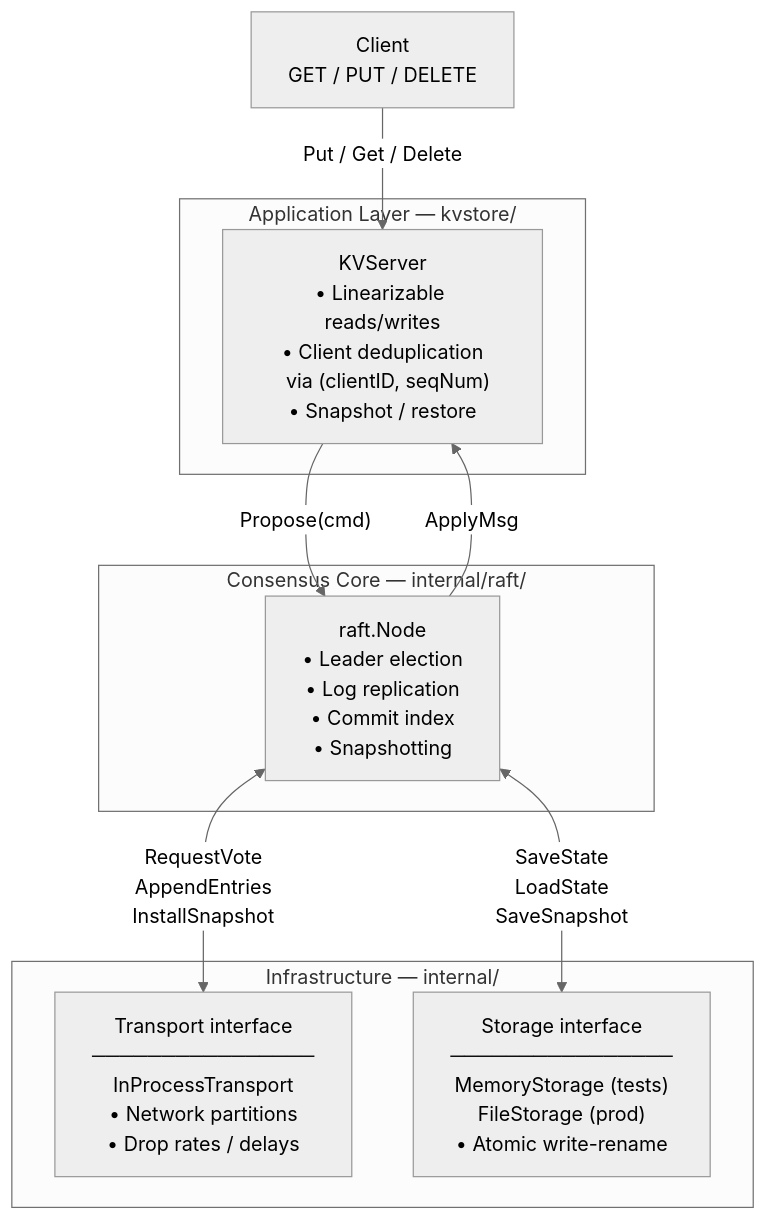
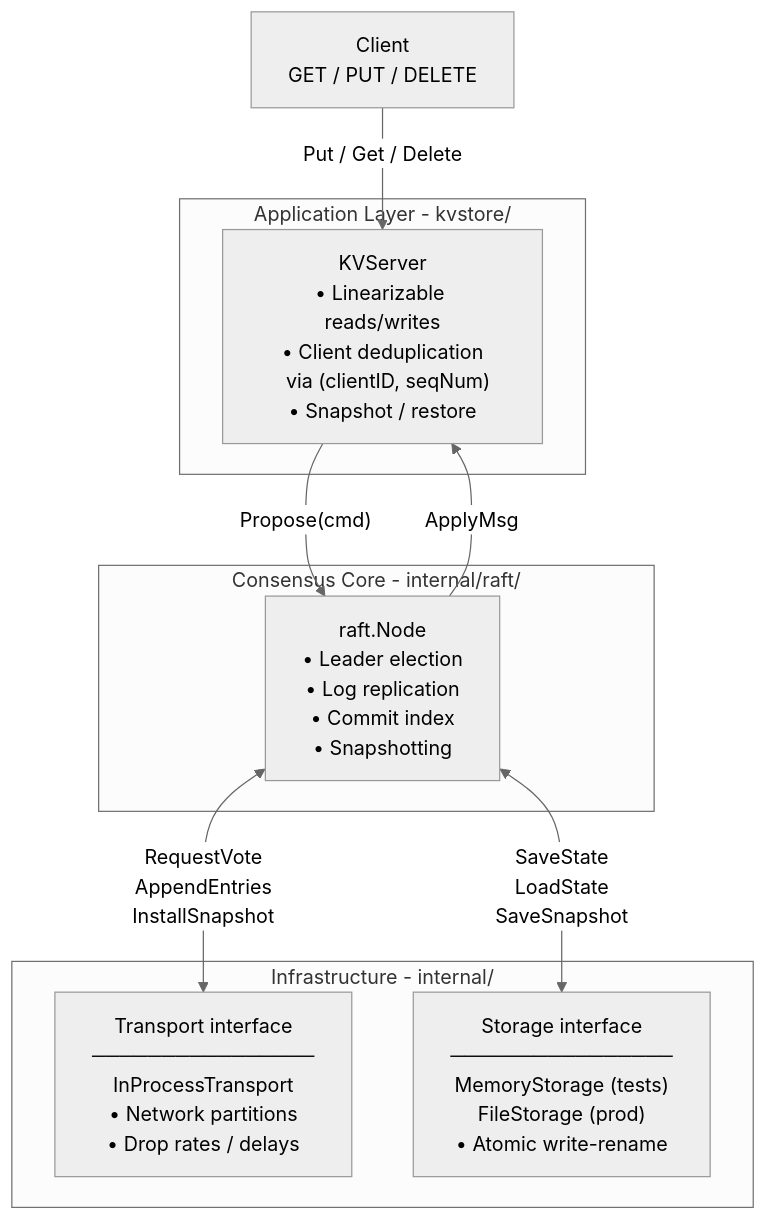
Before and after one commit to sandeepkv93/raft-consensus: the second of 11 diagrams in README.md, drawn with Mermaid (neutral theme). The commit also changed other lines of this file and 5 other files, not shown here.

````diff
--- a/README.md
+++ b/README.md
@@ -87,23 +87,23 @@
 ```mermaid
 flowchart TD
     Client["Client\nGET / PUT / DELETE"]
 
-    subgraph app["Application Layer  —  kvstore/"]
+    subgraph app["Application Layer  -  kvstore/"]
         KV["KVServer\n• Linearizable reads/writes\n• Client deduplication\n  via (clientID, seqNum)\n• Snapshot / restore"]
     end
 
-    subgraph core["Consensus Core  —  internal/raft/"]
+    subgraph core["Consensus Core  -  internal/raft/"]
         Node["raft.Node\n• Leader election\n• Log replication\n• Commit index\n• Snapshotting"]
     end
 
-    subgraph infra["Infrastructure  —  internal/"]
+    subgraph infra["Infrastructure  -  internal/"]
         T["Transport interface\n────────────────\nInProcessTransport\n• Network partitions\n• Drop rates / delays"]
         S["Storage interface\n────────────────\nMemoryStorage  (tests)\nFileStorage    (prod)\n• Atomic write-rename"]
     end
 
     Client -->|"Put / Get / Delete"| KV
     KV -->|"Propose(cmd)"| Node
     Node -->|"ApplyMsg"| KV
     Node <-->|"RequestVote\nAppendEntries\nInstallSnapshot"| T
     Node <-->|"SaveState\nLoadState\nSaveSnapshot"| S
 ```
````
